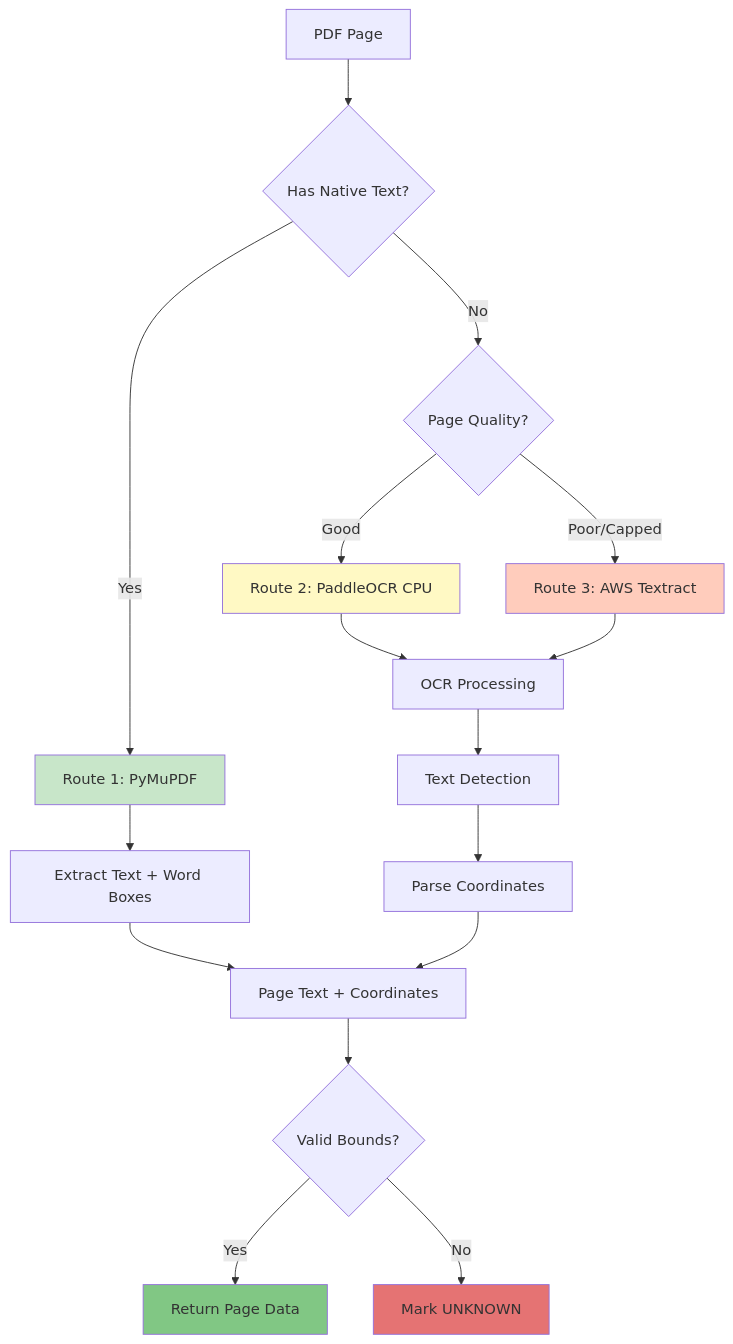
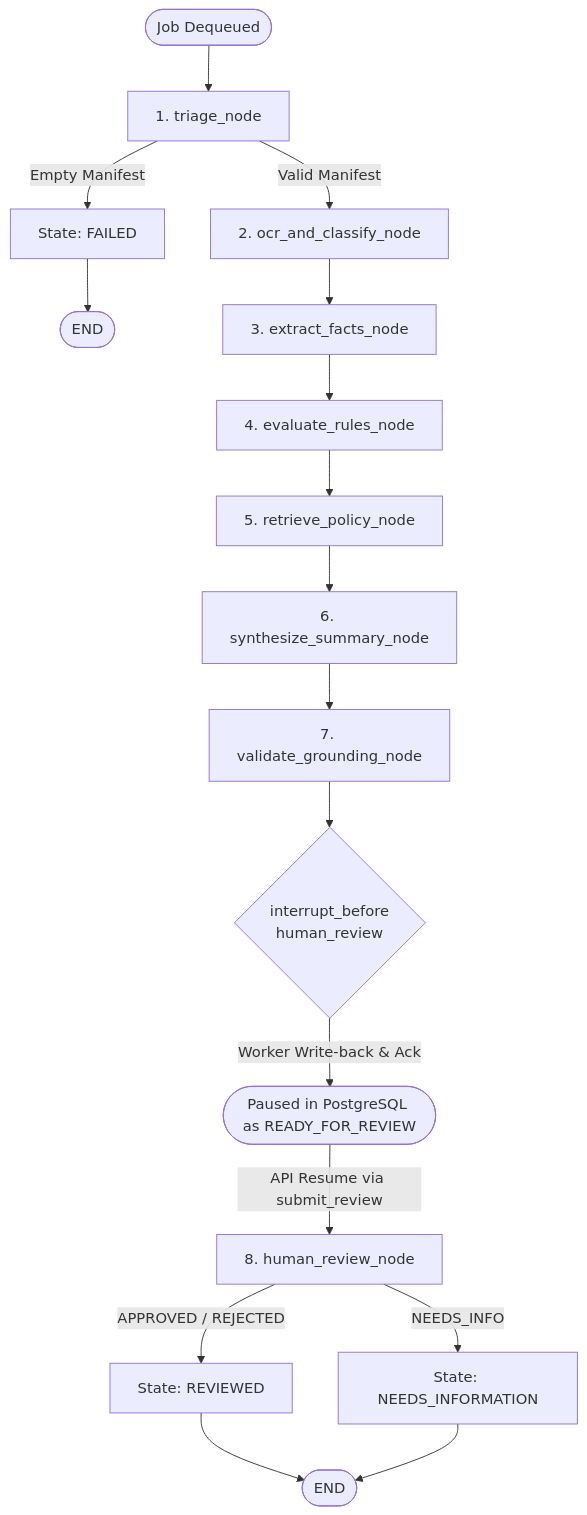
The second of 2 diagrams in docs/system_overview.md (maczeo11/loan-doc-processing-agent), drawn with Mermaid before and after one commit. The commit also changed other lines of this file and 4 other files, not shown here.

````diff
--- a/docs/system_overview.md
+++ b/docs/system_overview.md
@@ -218,29 +287,16 @@
 ```mermaid
-graph TD
-    Start[PDF Page] --> Check{Has Native Text?}
-    
-    Check -->|Yes| Route1[Route 1: PyMuPDF]
-    Route1 --> Extract[Extract Text + Word Boxes]
-    Extract --> Output[Page Text + Coordinates]
-    
-    Check -->|No| Check2{Page Quality?}
-    Check2 -->|Good| Route2[Route 2: PaddleOCR CPU]
-    Check2 -->|Poor/Capped| Route3[Route 3: AWS Textract]
-    
-    Route2 --> OCR[OCR Processing]
-    Route3 --> OCR
-    
-    OCR --> Detect[Text Detection]
-    Detect --> Parse[Parse Coordinates]
-    Parse --> Output
-    
-    Output --> Validate{Valid Bounds?}
-    Validate -->|Yes| Success[Return Page Data]
-    Validate -->|No| Error[Mark UNKNOWN]
-    
-    style Route1 fill:#C8E6C9
-    style Route2 fill:#FFF9C4
-    style Route3 fill:#FFCCBC
-    style Success fill:#81C784
-    style Error fill:#E57373
+flowchart TD
+    Start([Job Dequeued]) --> Triage[1. triage_node]
+    Triage -->|Empty Manifest| Failed[State: FAILED] --> Terminate([END])
+    Triage -->|Valid Manifest| OCR[2. ocr_and_classify_node]
+    OCR --> Extract[3. extract_facts_node]
+    Extract --> Rules[4. evaluate_rules_node]
+    Rules --> RAG[5. retrieve_policy_node]
+    RAG --> Synth[6. synthesize_summary_node]
+    Synth --> Grounding[7. validate_grounding_node]
+    Grounding --> Interrupt{interrupt_before\nhuman_review}
+    Interrupt -->|Worker Write-back & Ack| Pause([Paused in PostgreSQL as READY_FOR_REVIEW])
+    Pause -->|API Resume via submit_review| Review[8. human_review_node]
+    Review -->|APPROVED / REJECTED| Reviewed[State: REVIEWED] --> Done([END])
+    Review -->|NEEDS_INFO| NeedsInfo[State: NEEDS_INFORMATION] --> Done
 ```
````
